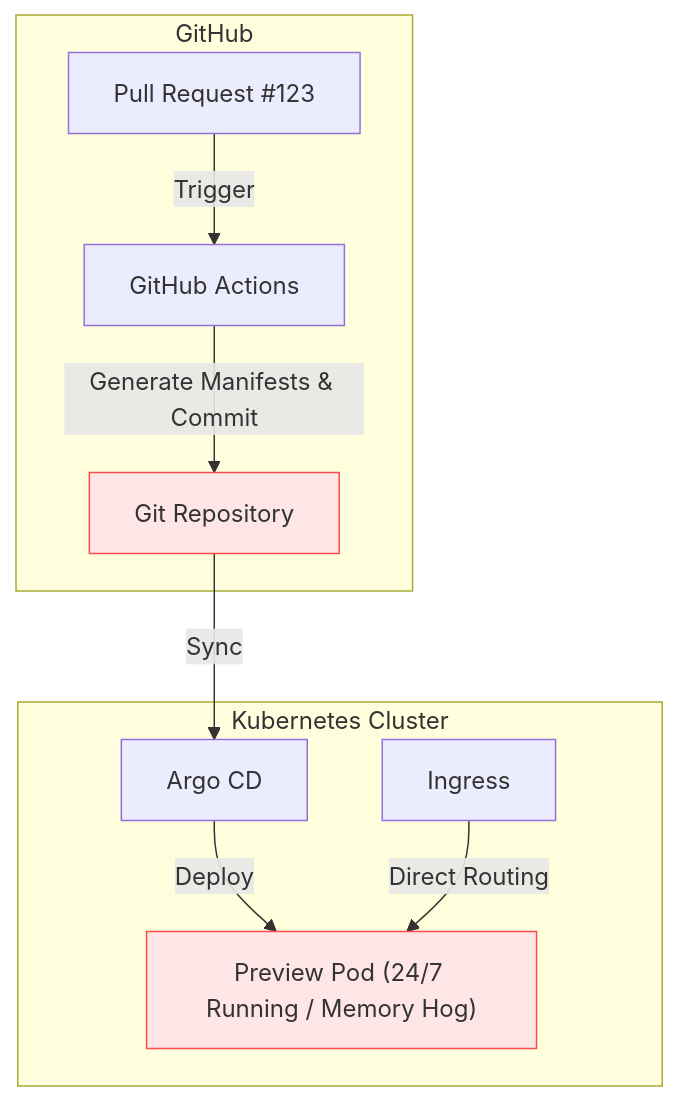
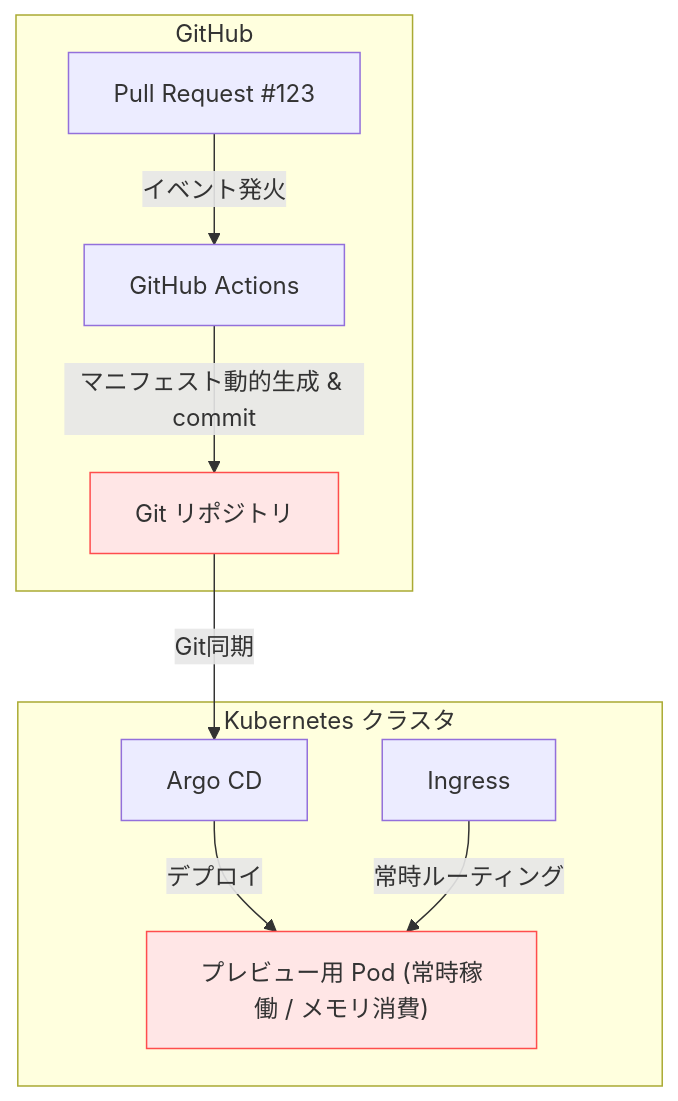
One commit to AobaIwaki123/preview-operator changed the first of 2 diagrams in docs/concept.md. Above: the diagram before and after it, drawn with Mermaid. The commit also changed other lines of this file and 3 other files, not shown here.

````diff
--- a/docs/concept.md
+++ b/docs/concept.md
@@ -13,24 +15,24 @@
 ```mermaid
 %%{init: {"flowchart": {"curve": "basis"}}}%%
 flowchart TD
     subgraph GitHub ["GitHub"]
         PR["Pull Request #123"]
         CI["GitHub Actions"]
-        GitRepo["Git Repository"]
+        GitRepo["Git リポジトリ"]
     end
 
-    subgraph Cluster ["Kubernetes Cluster"]
+    subgraph Cluster ["Kubernetes クラスタ"]
         ArgoCD["Argo CD"]
-        Pod["Preview Pod (24/7 Running / Memory Hog)"]
+        Pod["プレビュー用 Pod (常時稼働 / メモリ消費)"]
         Ingress["Ingress"]
     end
 
-    PR -->|"Trigger"| CI
-    CI -->|"Generate Manifests & Commit"| GitRepo
-    GitRepo -->|"Sync"| ArgoCD
-    ArgoCD -->|"Deploy"| Pod
-    Ingress -->|"Direct Routing"| Pod
+    PR -->|"イベント発火"| CI
+    CI -->|"マニフェスト動的生成 & commit"| GitRepo
+    GitRepo -->|"Git同期"| ArgoCD
+    ArgoCD -->|"デプロイ"| Pod
+    Ingress -->|"常時ルーティング"| Pod
 
     style GitRepo fill:#ffe6e6,stroke:#ff4d4d
     style Pod fill:#ffe6e6,stroke:#ff4d4d
 ```
````
